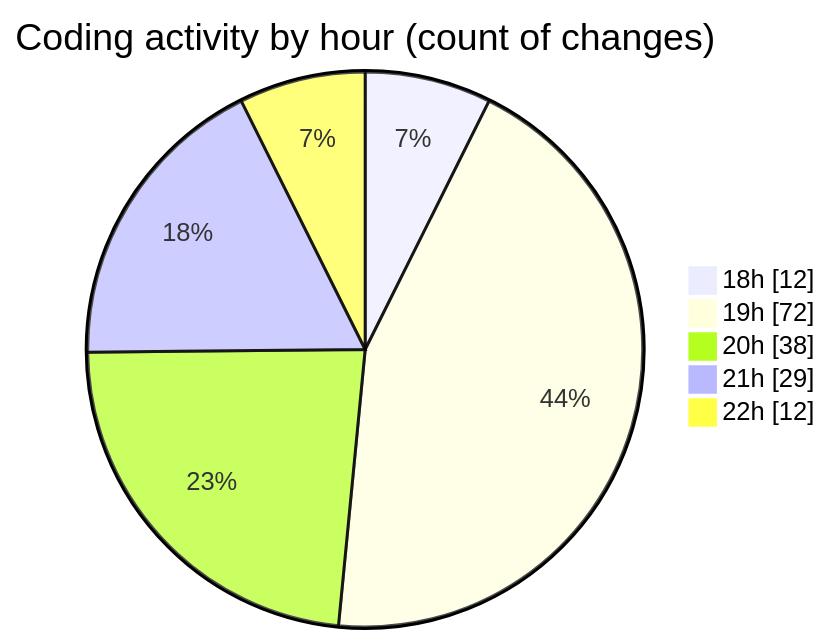
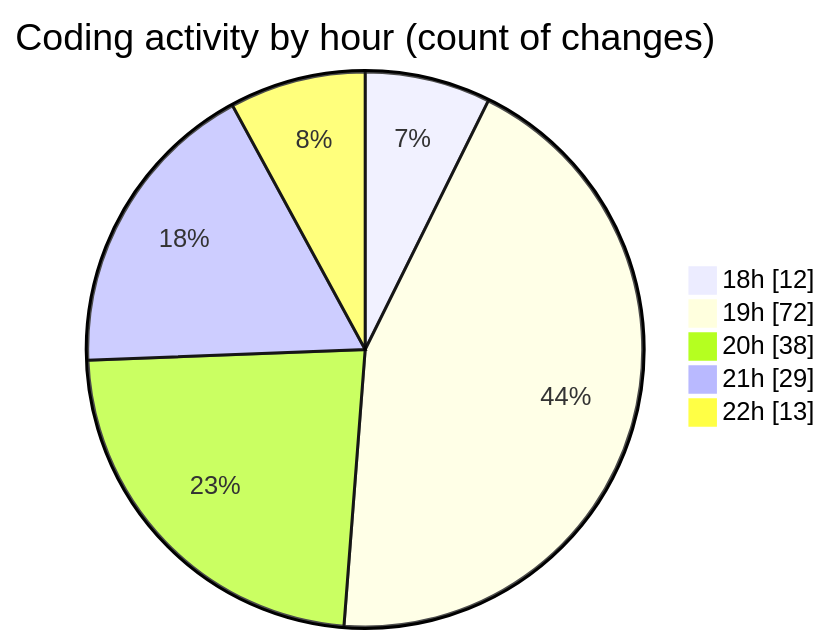
One commit to MatusMokan/code-tracking changed the second of 2 diagrams in 2025-03-14/myws__workspace_/README.md. Above: the diagram before and after it, drawn with Mermaid. The commit also changed other lines of this file and 1 other file, not shown here.

````diff
--- a/2025-03-14/myws__workspace_/README.md
+++ b/2025-03-14/myws__workspace_/README.md
@@ -31,9 +31,9 @@
 ```mermaid
 pie showData
 title Coding activity by hour (count of changes)
 "18h" : 12
 "19h" : 72
 "20h" : 38
 "21h" : 29
-"22h" : 12
+"22h" : 13
 ```
````
